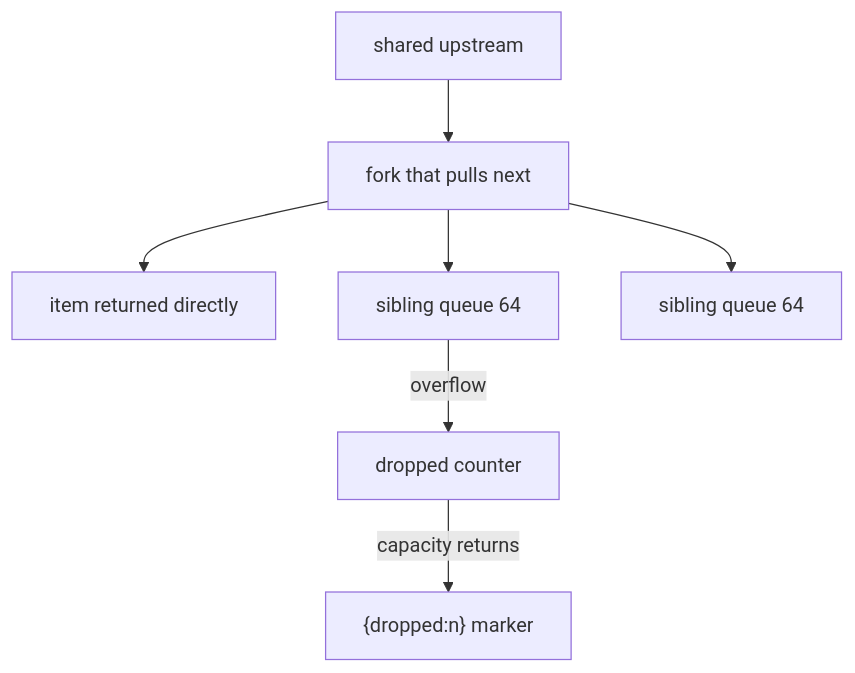
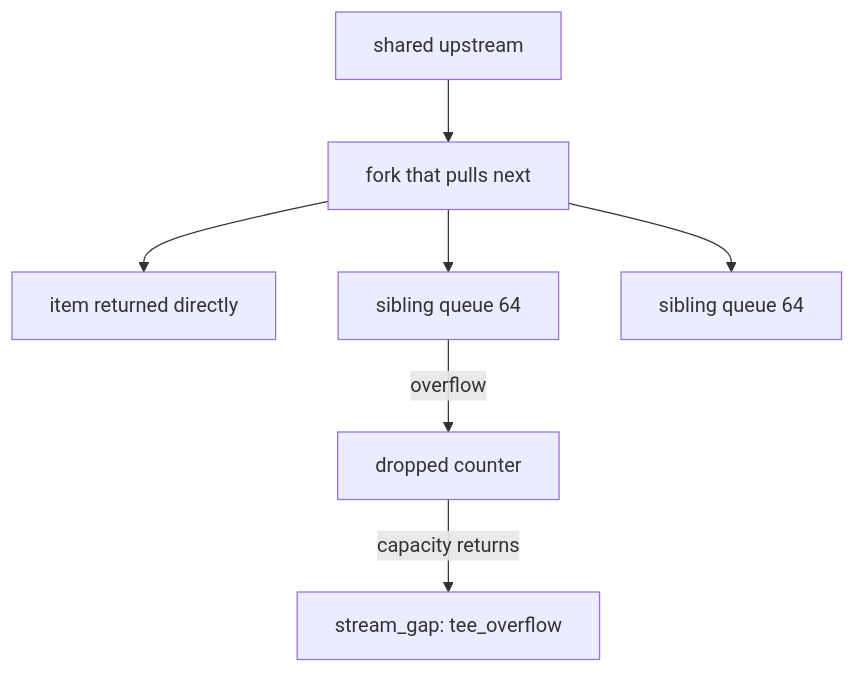
The fourth of 5 diagrams in site/content/internals/streams-channels.md (alliecatowo/shoal), drawn with Mermaid before and after one commit. The commit also changed other lines of this file and 3 other files, not shown here.

````diff
--- a/site/content/internals/streams-channels.md
+++ b/site/content/internals/streams-channels.md
@@ -271,11 +314,11 @@
 ```mermaid
 flowchart TD
 accTitle: Tee behavior
 accDescr: Shows the components and relationships described in Tee behavior.
   Up["shared upstream"] --> Puller["fork that pulls next"]
   Puller --> Self["item returned directly"]
   Puller --> Q1["sibling queue 64"]
   Puller --> Q2["sibling queue 64"]
   Q1 -->|overflow| D1["dropped counter"]
-  D1 -->|capacity returns| M1["{dropped:n} marker"]
+  D1 -->|capacity returns| M1["stream_gap: tee_overflow"]
 ```
````
